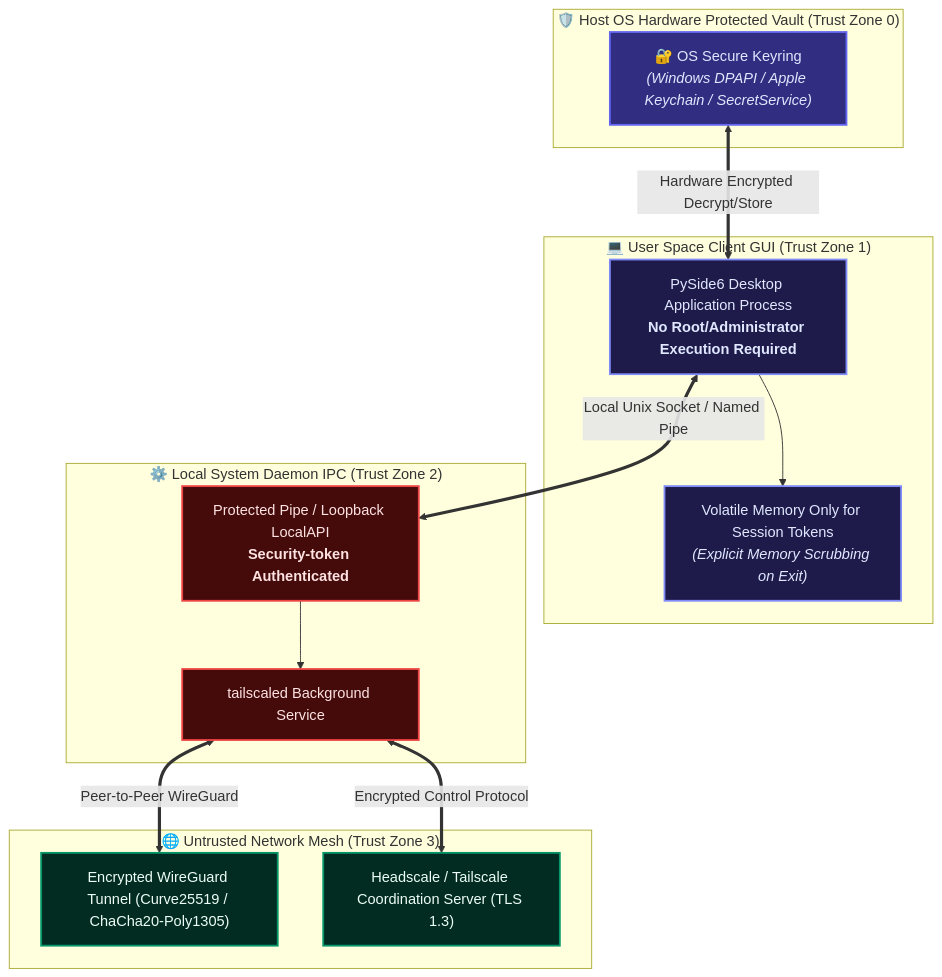
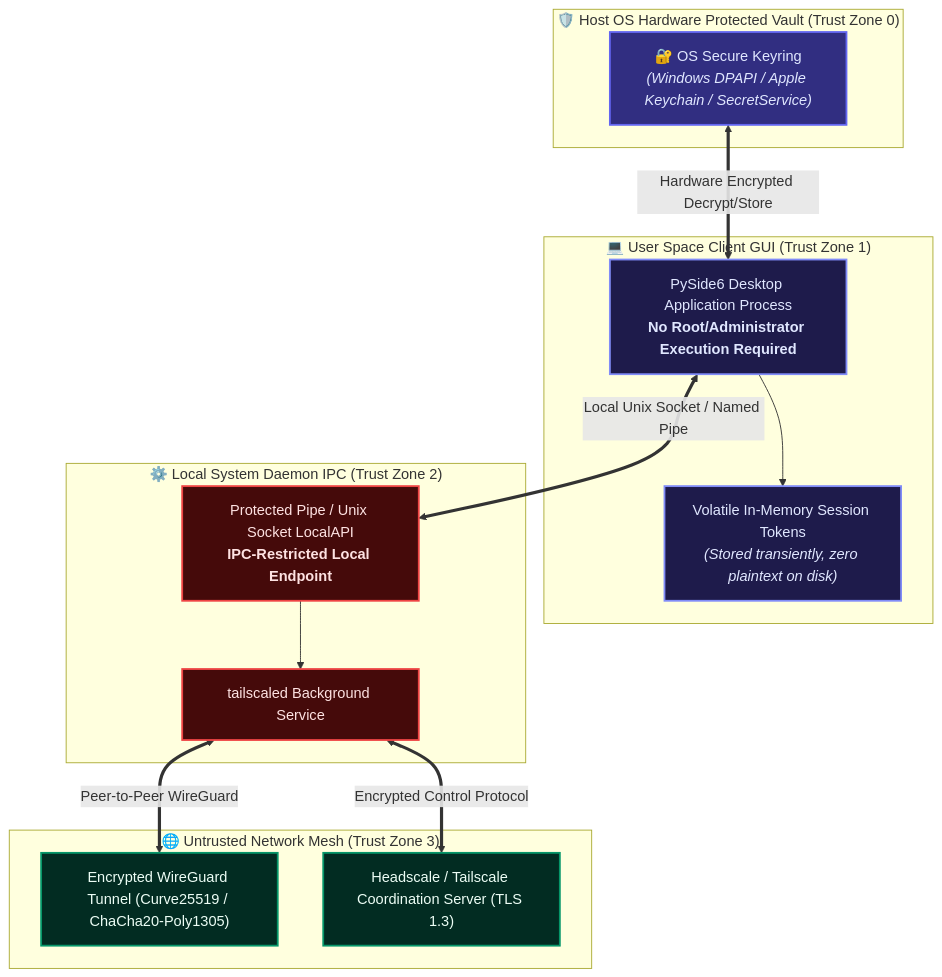
Before and after one commit to Arean82/Tailscale-Headscale-Client: the diagram in Docs/SECURITY_AND_PRIVACY_COMPLIANCE.md, drawn with Mermaid. The commit also changed other lines of this file and 39 other files, not shown here.

````diff
--- a/Docs/SECURITY_AND_PRIVACY_COMPLIANCE.md
+++ b/Docs/SECURITY_AND_PRIVACY_COMPLIANCE.md
@@ -14,33 +14,33 @@
 ```mermaid
 flowchart TD
     classDef boundary fill:#450a0a,stroke:#ef4444,stroke-width:2px,color:#fee2e2;
     classDef app fill:#1e1b4b,stroke:#818cf8,stroke-width:2px,color:#e0e7ff;
     classDef vault fill:#312e81,stroke:#6366f1,stroke-width:2px,color:#e0e7ff;
     classDef net fill:#022c22,stroke:#059669,stroke-width:2px,color:#ecfdf5;
 
     subgraph Trust_Zone_0 ["🛡️ Host OS Hardware Protected Vault (Trust Zone 0)"]
         KEYRING["🔐 OS Secure Keyring<br><i>(Windows DPAPI / Apple Keychain / SecretService)</i>"]:::vault
     end
 
     subgraph Trust_Zone_1 ["💻 User Space Client GUI (Trust Zone 1)"]
         CLIENT["PySide6 Desktop Application Process<br><b>No Root/Administrator Execution Required</b>"]:::app
-        MEM["Volatile Memory Only for Session Tokens<br><i>(Explicit Memory Scrubbing on Exit)</i>"]:::app
+        MEM["Volatile In-Memory Session Tokens<br><i>(Stored transiently, zero plaintext on disk)</i>"]:::app
     end
 
     subgraph Trust_Zone_2 ["⚙️ Local System Daemon IPC (Trust Zone 2)"]
-        SOCKET["Protected Pipe / Loopback LocalAPI<br><b>Security-token Authenticated</b>"]:::boundary
+        SOCKET["Protected Pipe / Unix Socket LocalAPI<br><b>IPC-Restricted Local Endpoint</b>"]:::boundary
         DAEMON["tailscaled Background Service"]:::boundary
     end
 
     subgraph Trust_Zone_3 ["🌐 Untrusted Network Mesh (Trust Zone 3)"]
         PEERS["Encrypted WireGuard Tunnel (Curve25519 / ChaCha20-Poly1305)"]:::net
         SERVER["Headscale / Tailscale Coordination Server (TLS 1.3)"]:::net
     end
 
     KEYRING <==>|Hardware Encrypted Decrypt/Store| CLIENT
     CLIENT --> MEM
     CLIENT <==>|Local Unix Socket / Named Pipe| SOCKET
     SOCKET --> DAEMON
     DAEMON <==>|Encrypted Control Protocol| SERVER
     DAEMON <==>|Peer-to-Peer WireGuard| PEERS
 ```
````
